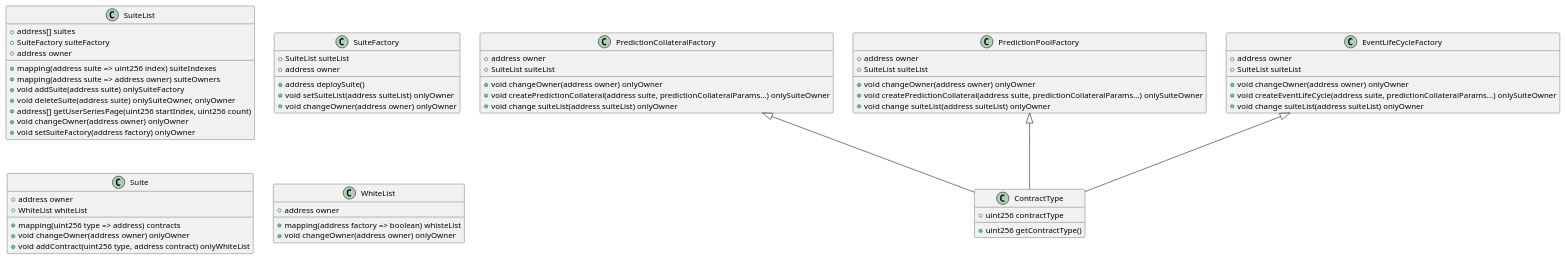
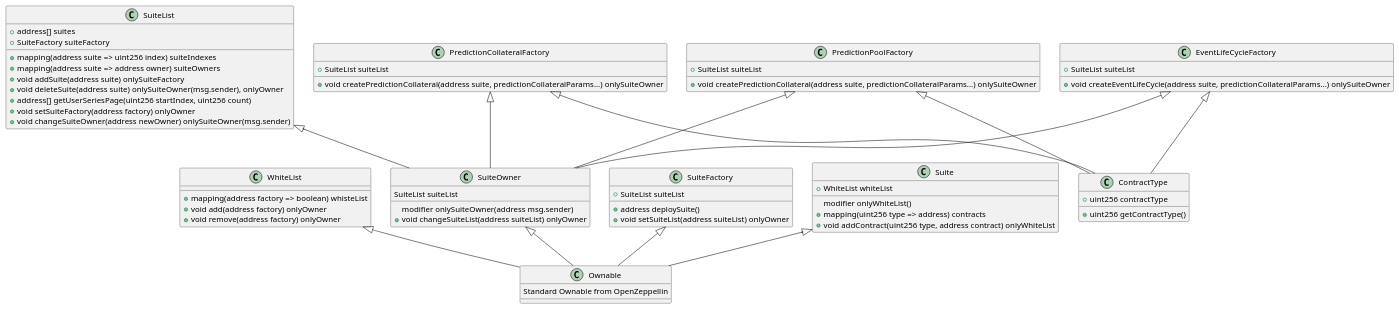
One commit to yurivin/polars_contracts changed the diagram in docs/FactoryClassDiagram.puml. Above: the diagram before and after it, drawn with PlantUML.

```diff
--- a/docs/FactoryClassDiagram.puml
+++ b/docs/FactoryClassDiagram.puml
@@ -1,71 +1,76 @@
 @startuml
+SuiteList <|-- SuiteOwner
 class SuiteList {
     +address[] suites
     +SuiteFactory suiteFactory
-    +address owner
     +mapping(address suite => uint256 index) suiteIndexes
     +mapping(address suite => address owner) suiteOwners
     +void addSuite(address suite) onlySuiteFactory
-    +void deleteSuite(address suite) onlySuiteOwner, onlyOwner
+    +void deleteSuite(address suite) onlySuiteOwner(msg.sender), onlyOwner
     +address[] getUserSeriesPage(uint256 startIndex, uint256 count)
-    +void changeOwner(address owner) onlyOwner
     +void setSuiteFactory(address factory) onlyOwner
+    +void changeSuiteOwner(address newOwner) onlySuiteOwner(msg.sender)
 }
 
+SuiteFactory <|-- Ownable
 class SuiteFactory {
     +SuiteList suiteList
-    +address owner
     +address deploySuite()
     +void setSuiteList(address suiteList) onlyOwner
-    +void changeOwner(address owner) onlyOwner
 }
 
+Suite <|-- Ownable
 class Suite {
-    +address owner
     +WhiteList whiteList
+    modifier onlyWhiteList()
     +mapping(uint256 type => address) contracts
-    +void changeOwner(address owner) onlyOwner
     +void addContract(uint256 type, address contract) onlyWhiteList
 }
 
+WhiteList <|-- Ownable
 class WhiteList {
-    +address owner
     +mapping(address factory => boolean) whisteList
-    +void changeOwner(address owner) onlyOwner
+    +void add(address factory) onlyOwner
+    +void remove(address factory) onlyOwner
 }
 
 PredictionCollateralFactory <|-- ContractType
+PredictionCollateralFactory <|-- SuiteOwner
 class PredictionCollateralFactory {
-    +address owner
     +SuiteList suiteList
-    +void changeOwner(address owner) onlyOwner
     +void createPredictionCollateral(address suite, predictionCollateralParams...) onlySuiteOwner
-    +void change suiteList(address suiteList) onlyOwner
 }
 
 PredictionPoolFactory <|-- ContractType
+PredictionPoolFactory <|-- SuiteOwner
 class PredictionPoolFactory {
-    +address owner
     +SuiteList suiteList
-    +void changeOwner(address owner) onlyOwner
     +void createPredictionCollateral(address suite, predictionCollateralParams...) onlySuiteOwner
-    +void change suiteList(address suiteList) onlyOwner
 }
 
 EventLifeCycleFactory <|-- ContractType
+EventLifeCycleFactory <|-- SuiteOwner
 class EventLifeCycleFactory {
-    +address owner
     +SuiteList suiteList
-    +void changeOwner(address owner) onlyOwner
     +void createEventLifeCycle(address suite, predictionCollateralParams...) onlySuiteOwner
-    +void change suiteList(address suiteList) onlyOwner
 }
 
 class ContractType {
     +uint256 contractType
     +uint256 getContractType()
 }
 
+SuiteOwner <|-- Ownable
+/'All functions like Ownable exclude create/cahnge suite owner and vith "suite" prefix, but with
+ suiteOwner logic, where wher we are checking ownership in SuiteList'/
+class SuiteOwner {
+    SuiteList suiteList
+    modifier onlySuiteOwner(address msg.sender)
+    +void changeSuiteList(address suiteList) onlyOwner
+}
 
+class Ownable {
+    Standard Ownable from OpenZeppellin
+}
 
 @enduml
```
